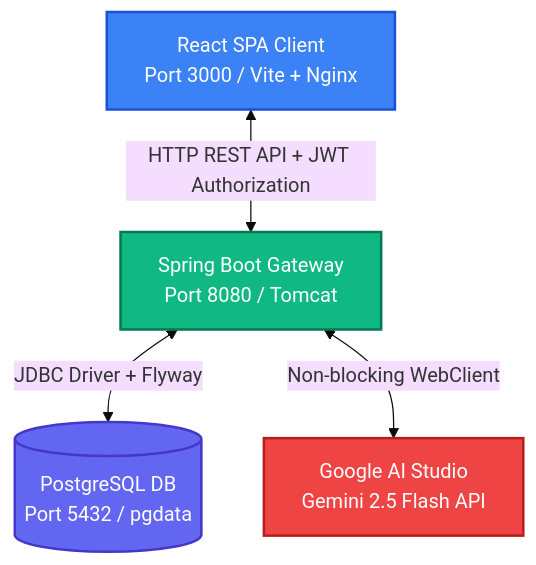
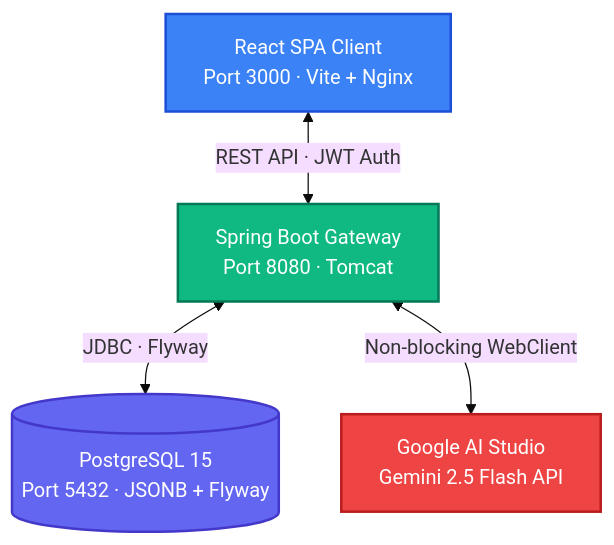
One commit to Manoj-0810/ghostcoach changed the first of 4 diagrams in README.md. Above: the diagram before and after it, drawn with Mermaid (base theme). The commit also changed other lines of this file and 1 other file, not shown here.

````diff
--- a/README.md
+++ b/README.md
@@ -67,19 +138,16 @@
 ```mermaid
 graph TD
-    %% Styling
-    classDef client fill:#3b82f6,stroke:#1d4ed8,stroke-width:2px,color:#fff;
-    classDef server fill:#10b981,stroke:#047857,stroke-width:2px,color:#fff;
-    classDef database fill:#6366f1,stroke:#4338ca,stroke-width:2px,color:#fff;
-    classDef external fill:#ef4444,stroke:#b91c1c,stroke-width:2px,color:#fff;
+    classDef client fill:#3b82f6,stroke:#1d4ed8,stroke-width:2px,color:#fff
+    classDef server fill:#10b981,stroke:#047857,stroke-width:2px,color:#fff
+    classDef database fill:#6366f1,stroke:#4338ca,stroke-width:2px,color:#fff
+    classDef external fill:#ef4444,stroke:#b91c1c,stroke-width:2px,color:#fff
 
-    %% Nodes
-    A[React SPA Client <br> Port 3000 / Vite + Nginx]:::client
-    B[Spring Boot Gateway <br> Port 8080 / Tomcat]:::server
-    C[(PostgreSQL DB <br> Port 5432 / pgdata)]:::database
-    D[Google AI Studio <br> Gemini 2.5 Flash API]:::external
+    A["React SPA Client<br/>Port 3000 · Vite + Nginx"]:::client
+    B["Spring Boot Gateway<br/>Port 8080 · Tomcat"]:::server
+    C[("PostgreSQL 15<br/>Port 5432 · JSONB + Flyway")]:::database
+    D["Google AI Studio<br/>Gemini 2.5 Flash API"]:::external
 
-    %% Relations
-    A <-->|HTTP REST API + JWT Authorization| B
-    B <-->|JDBC Driver + Flyway| C
-    B <-->|Non-blocking WebClient| D
+    A <-->|"REST API · JWT Auth"| B
+    B <-->|"JDBC · Flyway"| C
+    B <-->|"Non-blocking WebClient"| D
 ```
````
